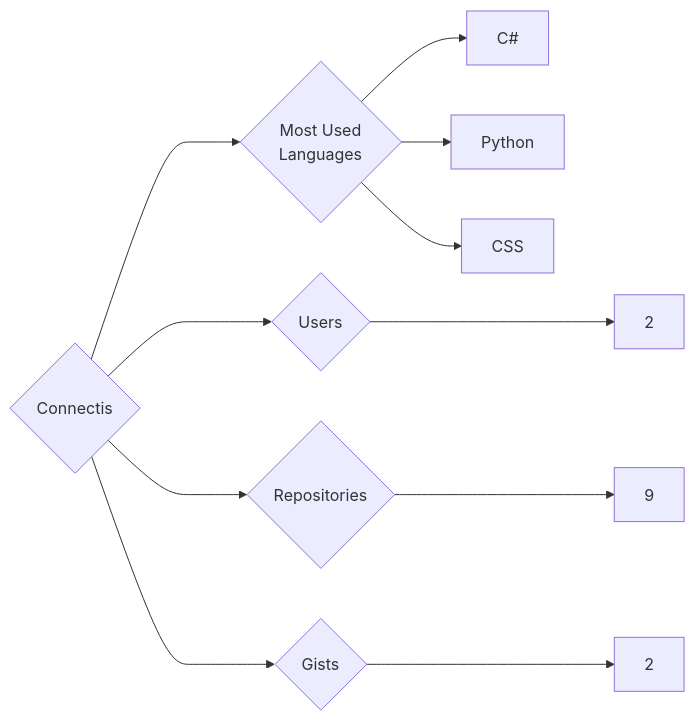
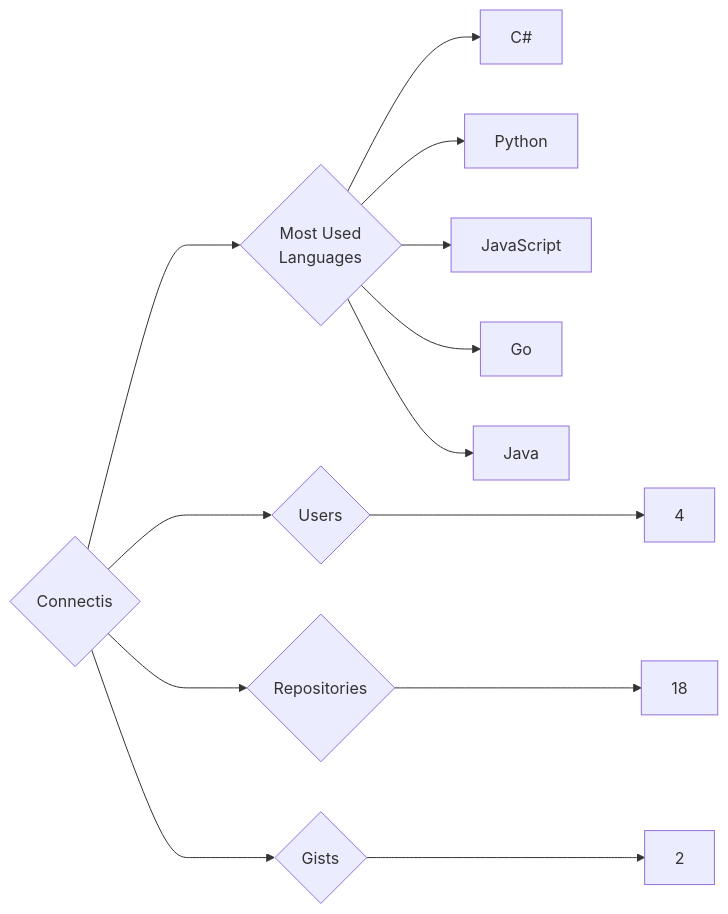
One commit to trickest/insiders changed the diagram in targets/Connectis/README.md. Above: the diagram before and after it, drawn with Mermaid. The commit also changed 1023 other files, not shown here.

````diff
--- a/targets/Connectis/README.md
+++ b/targets/Connectis/README.md
@@ -3,11 +3,13 @@
 ```mermaid
 graph LR
 COMPANY_NAME{Connectis}
-COMPANY_NAME ---> U{Users} ---> UN[2]
-COMPANY_NAME ---> R{Repositories} ---> RN[9]
+COMPANY_NAME ---> U{Users} ---> UN[4]
+COMPANY_NAME ---> R{Repositories} ---> RN[18]
 COMPANY_NAME ---> G{Gists} ---> GN[2]
 COMPANY_NAME ---> ML{Most Used<br>Languages}
 ML --> C#[C#]
 ML --> Python[Python]
-ML --> CSS[CSS]
+ML --> JavaScript[JavaScript]
+ML --> Go[Go]
+ML --> Java[Java]
 ```
````
